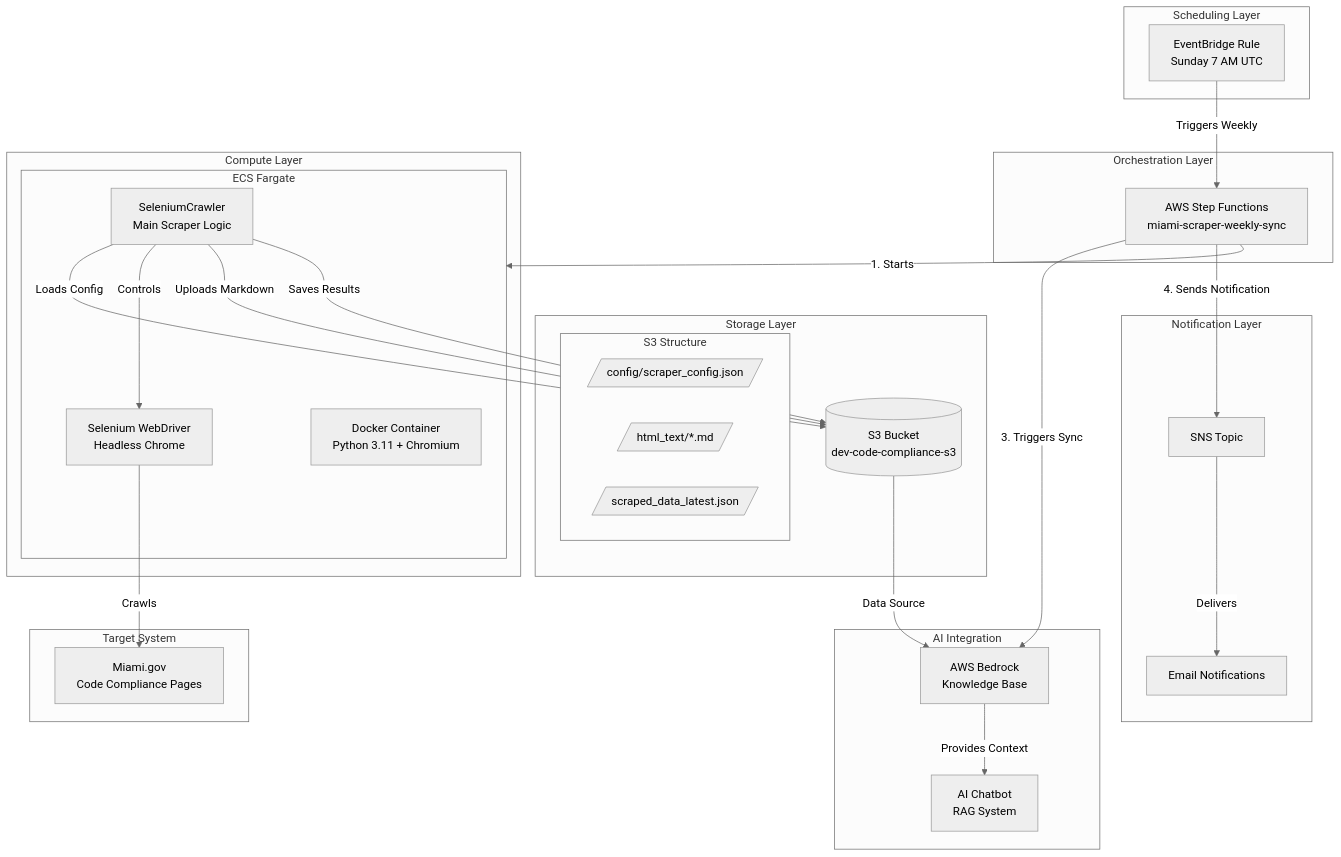
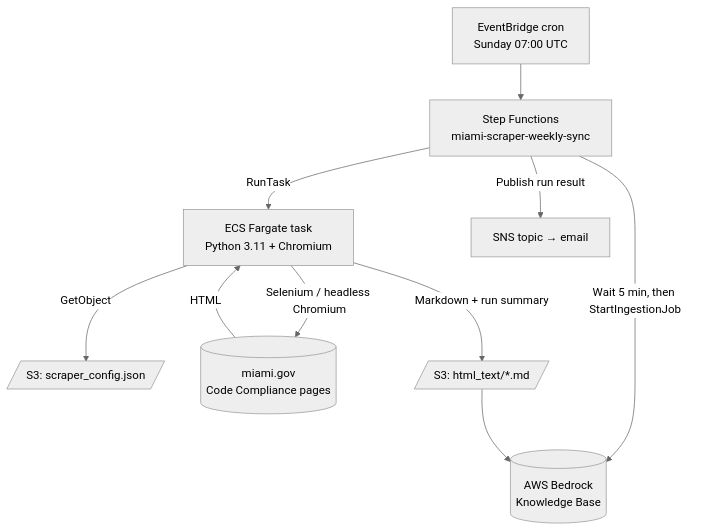
The diagram in public/data/portfolio/WebCrawler/architecture.md (Technical-1/All-About-Me), drawn with Mermaid (neutral theme) before and after one commit. The commit also changed other lines of this file and 80 other files, not shown here.

````diff
--- a/public/data/portfolio/WebCrawler/architecture.md
+++ b/public/data/portfolio/WebCrawler/architecture.md
@@ -5,57 +5,21 @@
 ```mermaid
-flowchart TB
-    subgraph Scheduling["Scheduling Layer"]
-        EB[EventBridge Rule<br/>Sunday 7 AM UTC]
-    end
+flowchart TD
+    EB[EventBridge cron<br/>Sunday 07:00 UTC]
+    SF[Step Functions<br/>miami-scraper-weekly-sync]
+    ECS[ECS Fargate task<br/>Python 3.11 + Chromium]
+    Cfg[/S3: scraper_config.json/]
+    Site[(miami.gov<br/>Code Compliance pages)]
+    MD[/S3: html_text/*.md/]
+    KB[(AWS Bedrock<br/>Knowledge Base)]
+    SNS[SNS topic → email]
 
-    subgraph Orchestration["Orchestration Layer"]
-        SF[AWS Step Functions<br/>miami-scraper-weekly-sync]
-    end
-
-    subgraph Compute["Compute Layer"]
-        subgraph Fargate["ECS Fargate"]
-            Docker[Docker Container<br/>Python 3.11 + Chromium]
-            Selenium[Selenium WebDriver<br/>Headless Chrome]
-            Scraper[SeleniumCrawler<br/>Main Scraper Logic]
-        end
-    end
-
-    subgraph Storage["Storage Layer"]
-        S3[(S3 Bucket<br/>dev-code-compliance-s3)]
-        subgraph S3Contents["S3 Structure"]
-            Config[/config/scraper_config.json/]
-            Markdown[/html_text/*.md/]
-            Results[/scraped_data_latest.json/]
-        end
-    end
-
-    subgraph AI["AI Integration"]
-        Bedrock[AWS Bedrock<br/>Knowledge Base]
-        Chatbot[AI Chatbot<br/>RAG System]
-    end
-
-    subgraph Notifications["Notification Layer"]
-        SNS[SNS Topic]
-        Email[Email Notifications]
-    end
-
-    subgraph Target["Target System"]
-        Miami[Miami.gov<br/>Code Compliance Pages]
-    end
-
-    EB -->|Triggers Weekly| SF
-    SF -->|1. Starts| Fargate
-    SF -->|3. Triggers Sync| Bedrock
-
-    Scraper -->|Loads Config| S3
-    Scraper -->|Controls| Selenium
-    Selenium -->|Crawls| Miami
-    Scraper -->|Uploads Markdown| S3
-    Scraper -->|Saves Results| S3
-
-    S3 -->|Data Source| Bedrock
-    Bedrock -->|Provides Context| Chatbot
-
-    SF -->|4. Sends Notification| SNS
-    SNS -->|Delivers| Email
+    EB --> SF
+    SF -->|RunTask| ECS
+    ECS -->|GetObject| Cfg
+    ECS -->|Selenium / headless Chromium| Site
+    Site -->|HTML| ECS
+    ECS -->|Markdown + run summary| MD
+    SF -->|Wait 5 min, then StartIngestionJob| KB
+    MD --> KB
+    SF -->|Publish run result| SNS
 ```
````
